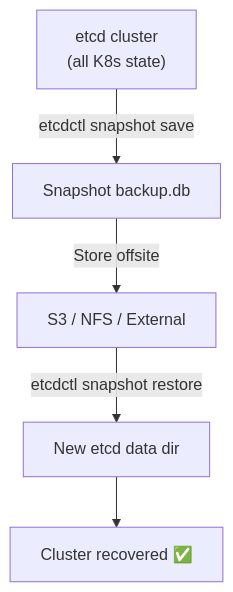
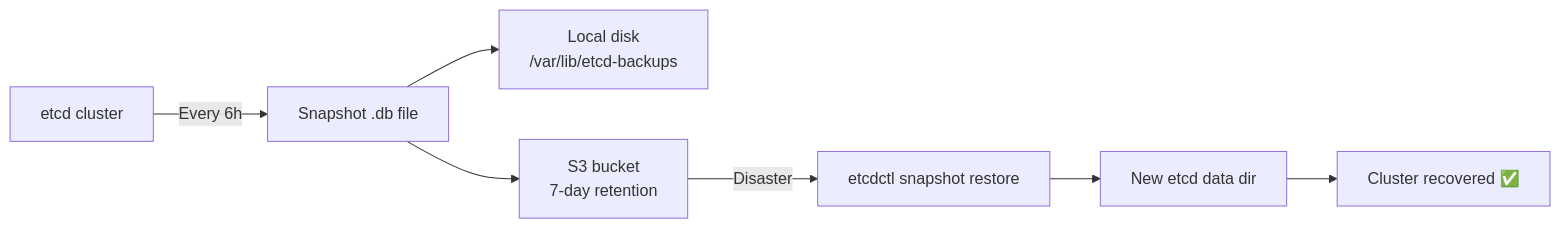
Before and after one commit to greg4fun/kubernetesrecipes.github.io: the diagram in src/content/recipes/kubernetes-etcd-backup-restore.md, drawn with Mermaid. The commit also changed other lines of this file and 9 other files, not shown here.

````diff
--- a/src/content/recipes/kubernetes-etcd-backup-restore.md
+++ b/src/content/recipes/kubernetes-etcd-backup-restore.md
@@ -29,7 +103,10 @@
 ```mermaid
-flowchart TB
-    ETCD["etcd cluster<br/>(all K8s state)"] -->|"etcdctl snapshot save"| SNAP["Snapshot backup.db"]
-    SNAP -->|"Store offsite"| S3["S3 / NFS / External"]
-    S3 -->|"etcdctl snapshot restore"| RESTORE["New etcd data dir"]
-    RESTORE --> RECOVER["Cluster recovered ✅"]
+graph LR
+    ETCD[etcd cluster] -->|Every 6h| SNAP[Snapshot .db file]
+    SNAP --> LOCAL[Local disk<br/>/var/lib/etcd-backups]
+    SNAP --> S3[S3 bucket<br/>7-day retention]
+    
+    S3 -->|Disaster| RESTORE[etcdctl snapshot restore]
+    RESTORE --> NEW[New etcd data dir]
+    NEW --> CLUSTER[Cluster recovered ✅]
 ```
````
